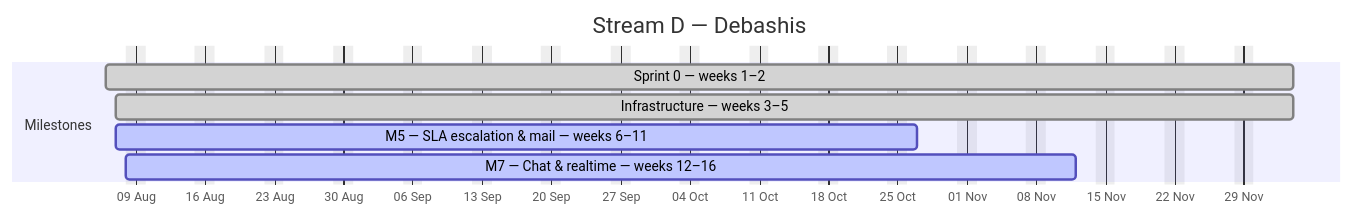
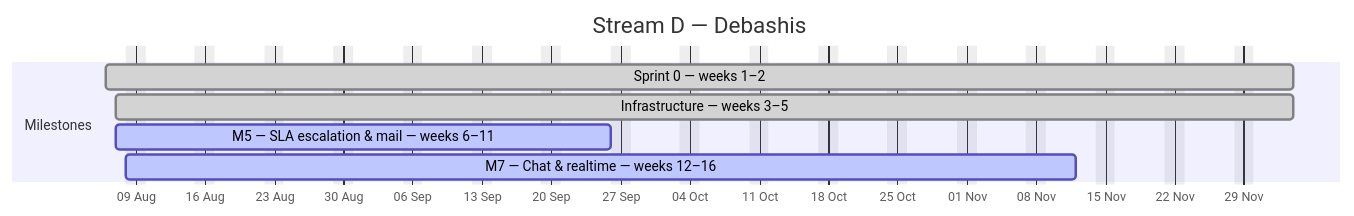
One commit to debashisedunext/EduTrack changed the fourth of 4 diagrams in docs/plan/GANTT.md. Above: the diagram before and after it, drawn with Mermaid. The commit also changed other lines of this file and 2 other files, not shown here.

````diff
--- a/docs/plan/GANTT.md
+++ b/docs/plan/GANTT.md
@@ -168,12 +168,12 @@
 ```mermaid
 gantt
     dateFormat YYYY-MM-DD
     axisFormat %d %b
     title Stream D — Debashis
     excludes weekends
     section Milestones
     Sprint 0 — weeks 1–2 :done, d0, 2026-08-06, 86d
     Infrastructure — weeks 3–5 :done, d1, 2026-08-07, 85d
-    M5 — SLA  escalation & mail — weeks 6–11 :active, d2, 2026-08-07, 57d
+    M5 — SLA  escalation & mail — weeks 6–11 :active, d2, 2026-08-07, 36d
     M7 — Chat & realtime — weeks 12–16 :active, d3, 2026-08-08, 69d
 ```
````
